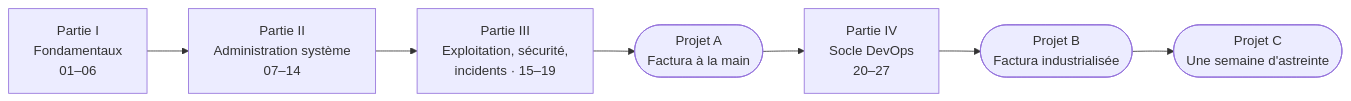
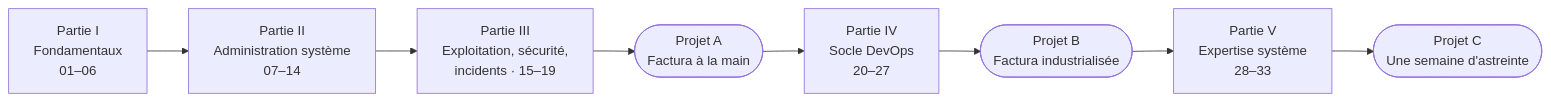
One commit to cemah2/WorkbookLinux changed the diagram in README.md. Above: the diagram before and after it, drawn with Mermaid. The commit also changed other lines of this file and 6 other files, not shown here.

````diff
--- a/README.md
+++ b/README.md
@@ -106,9 +107,10 @@
 ```mermaid
 flowchart LR
     I["Partie I<br/>Fondamentaux<br/>01–06"] --> II["Partie II<br/>Administration système<br/>07–14"]
     II --> III["Partie III<br/>Exploitation, sécurité,<br/>incidents · 15–19"]
     III --> A(["Projet A<br/>Factura à la main"])
     A --> IV["Partie IV<br/>Socle DevOps<br/>20–27"]
     IV --> B(["Projet B<br/>Factura industrialisée"])
-    B --> C(["Projet C<br/>Une semaine d'astreinte"])
+    B --> V["Partie V<br/>Expertise système<br/>28–33"]
+    V --> C(["Projet C<br/>Une semaine d'astreinte"])
 ```
````
